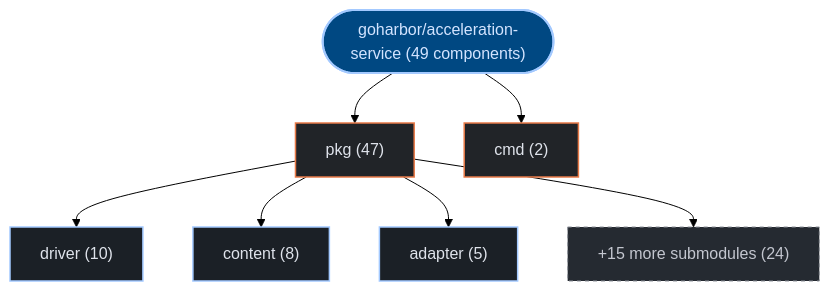
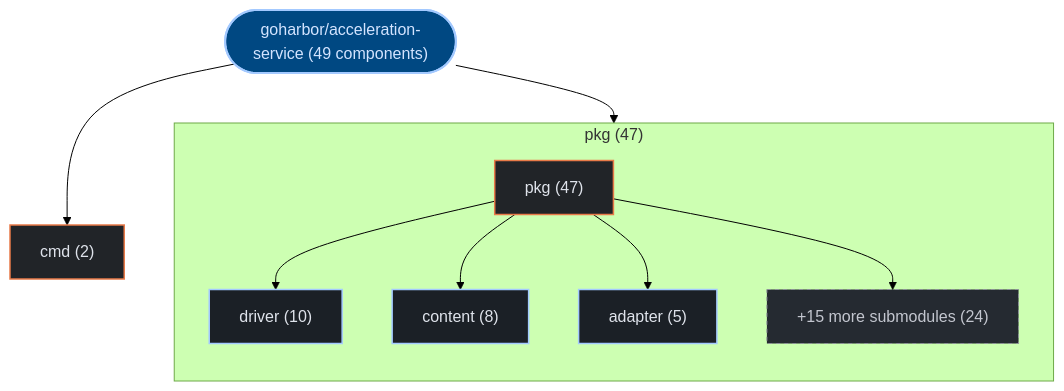
Before and after one commit to kumarshaz/atruss-code-atlas: the first of 3 diagrams in exports/latest/reports/goharbor-acceleration-service-report.md, drawn with Mermaid (forest theme). The commit also changed 178 other files, not shown here.

Commit message:
feat(ui,mermaid): upgrade to mermaid v12 + ELK layout, add orgs-summary + pagination, subgraph building blocks, fix tab alignment

````diff
--- a/exports/latest/reports/goharbor-acceleration-service-report.md
+++ b/exports/latest/reports/goharbor-acceleration-service-report.md
@@ -42,23 +42,26 @@
 ```mermaid
 graph TD;
   classDef atlasRoot fill:#004882,stroke:#a3c9ff,stroke-width:2px,color:#d3e4ff
   classDef atlasCategory fill:#212428,stroke:#E87A48,stroke-width:1.5px,color:#dfe3eb
   classDef atlasWorkflow fill:#1b2026,stroke:#a3c9ff,stroke-width:1.5px,color:#dfe3eb
   classDef atlasJob fill:#171c22,stroke:#8d9199,stroke-width:1px,color:#dfe3eb
   classDef atlasTarget fill:#005227,stroke:#8bd99b,stroke-width:1.5px,color:#a7f6b6
   classDef atlasAlert fill:#93000a,stroke:#ffb4ab,stroke-width:1.5px,color:#ffdad6
   classDef atlasMore fill:#252a31,stroke:#8d9199,stroke-dasharray:4 4,color:#c3c6cf
     repo_root(["goharbor/acceleration-service (49 components)"]):::atlasRoot
-    dir_0_pkg["pkg (47)"]:::atlasCategory
+    subgraph sg_dir_0_pkg["pkg (47)"]
+      direction TB
+      dir_0_pkg["pkg (47)"]:::atlasCategory
+      sub_0_0_driver["driver (10)"]:::atlasWorkflow
+      dir_0_pkg --> sub_0_0_driver
+      sub_0_1_content["content (8)"]:::atlasWorkflow
+      dir_0_pkg --> sub_0_1_content
+      sub_0_2_adapter["adapter (5)"]:::atlasWorkflow
+      dir_0_pkg --> sub_0_2_adapter
+      sub_0_more["+15 more submodules (24)"]:::atlasMore
+      dir_0_pkg --> sub_0_more
+    end
     repo_root --> dir_0_pkg
-    sub_0_0_driver["driver (10)"]:::atlasWorkflow
-    dir_0_pkg --> sub_0_0_driver
-    sub_0_1_content["content (8)"]:::atlasWorkflow
-    dir_0_pkg --> sub_0_1_content
-    sub_0_2_adapter["adapter (5)"]:::atlasWorkflow
-    dir_0_pkg --> sub_0_2_adapter
-    sub_0_more["+15 more submodules (24)"]:::atlasMore
-    dir_0_pkg --> sub_0_more
     dir_1_cmd["cmd (2)"]:::atlasCategory
     repo_root --> dir_1_cmd
 ```
````
